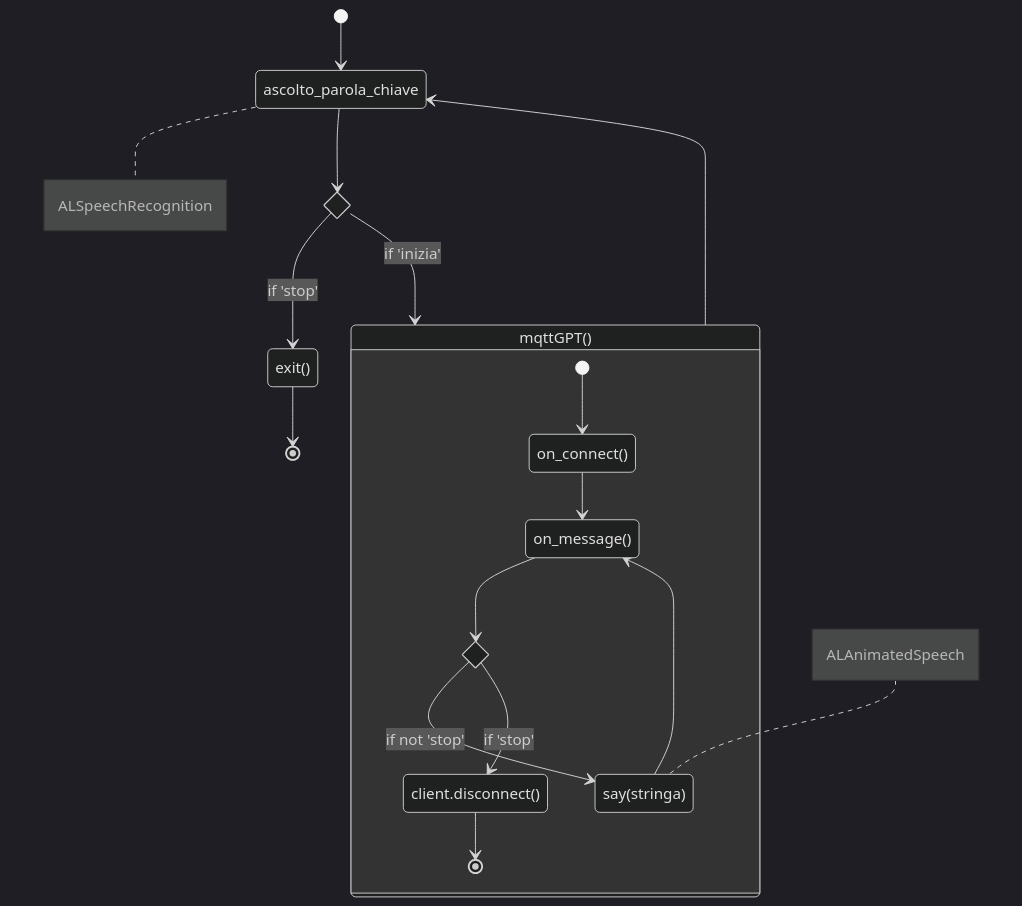
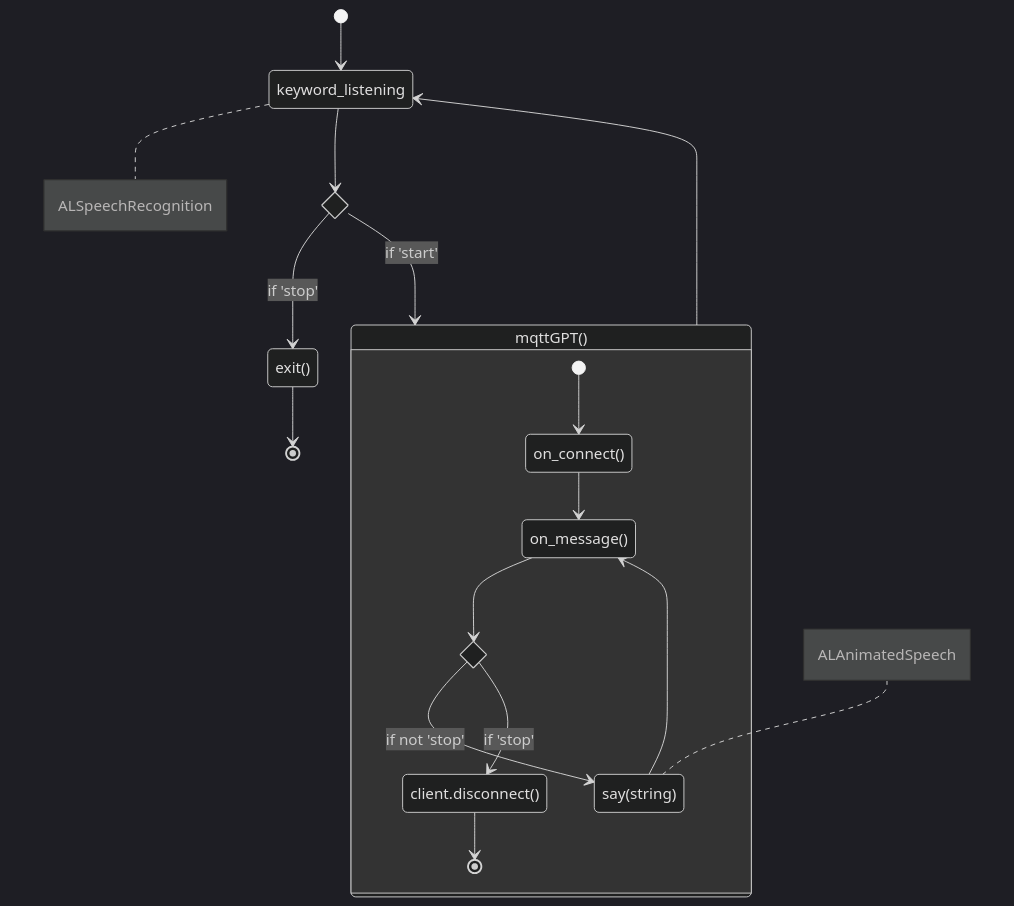
The fourth of 4 diagrams in README.md (LAIRLabUnivpm/PepperGPT), drawn with Mermaid (dark theme) before and after one commit. The commit also changed other lines of this file and 1 other file, not shown here.

````diff
--- a/README.md
+++ b/README.md
@@ -97,26 +97,26 @@
 ```mermaid
 	stateDiagram-v2
-		[*] --> ascolto_parola_chiave
-        note right of ascolto_parola_chiave
+		[*] --> keyword_listening
+        note right of keyword_listening
             ALSpeechRecognition
         end note
-		mqttGPT() --> ascolto_parola_chiave
+		mqttGPT() --> keyword_listening
         state if_state <<choice>>
-			ascolto_parola_chiave --> if_state
-		if_state --> mqttGPT(): if 'inizia'
+			keyword_listening --> if_state
+		if_state --> mqttGPT(): if 'start'
 		if_state --> exit(): if 'stop'
         exit() --> [*]
 		state mqttGPT() {
 			[*] --> on_connect()
             on_connect() --> on_message()
             state scelta <<choice>>
                 on_message() --> scelta
-            scelta --> say(stringa): if not 'stop'
+            scelta --> say(string): if not 'stop'
             scelta --> client.disconnect(): if 'stop'
             client.disconnect() --> [*]
-            say(stringa) --> on_message()
-            note left of say(stringa)
+            say(string) --> on_message()
+            note left of say(string)
                 ALAnimatedSpeech
             end note
         }
 ```
````
